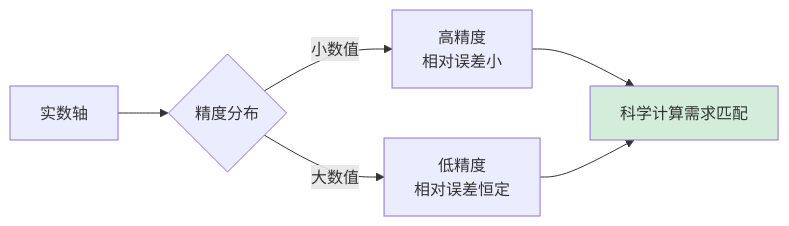
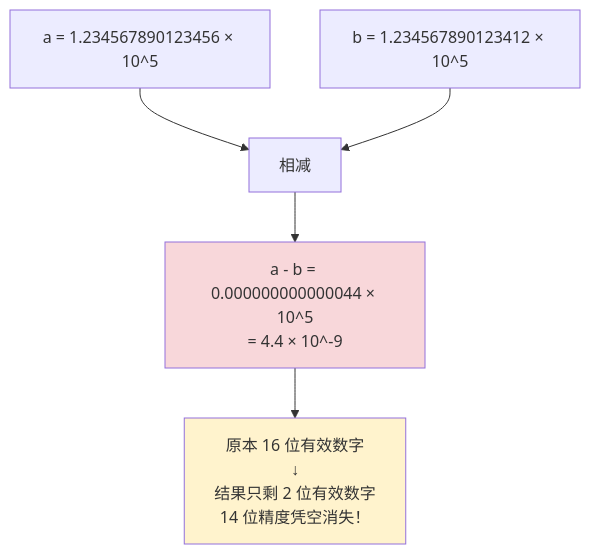
One commit to chongyang211/YCBookBlog changed diagram 15 of 24 in 00.通用技术的提升/02.程序编程原理/02.浮点型数据设计灵魂.md. Above: the diagram before and after it, drawn with Mermaid. The commit also changed other lines of this file and 21 other files, not shown here.

````diff
--- a/00.通用技术的提升/02.程序编程原理/02.浮点型数据设计灵魂.md
+++ b/00.通用技术的提升/02.程序编程原理/02.浮点型数据设计灵魂.md
@@ -305,11 +1322,12 @@
 ```mermaid
-graph LR
-    A[实数轴] --> B{精度分布}
-    B -->|小数值| C[高精度<br/>相对误差小]
-    B -->|大数值| D[低精度<br/>相对误差恒定]
+flowchart TB
+    A["a = 1.234567890123456 × 10^5"] --> C[相减]
+    B["b = 1.234567890123412 × 10^5"] --> C
     
-    C --> E[科学计算需求匹配]
-    D --> E
+    C --> D["a - b = 0.000000000000044 × 10^5<br/>= 4.4 × 10^-9"]
     
-    style E fill:#d4edda
+    D --> E["原本 16 位有效数字<br/>↓<br/>结果只剩 2 位有效数字<br/>14 位精度凭空消失！"]
+    
+    style D fill:#f8d7da
+    style E fill:#fff3cd
 ```
````
